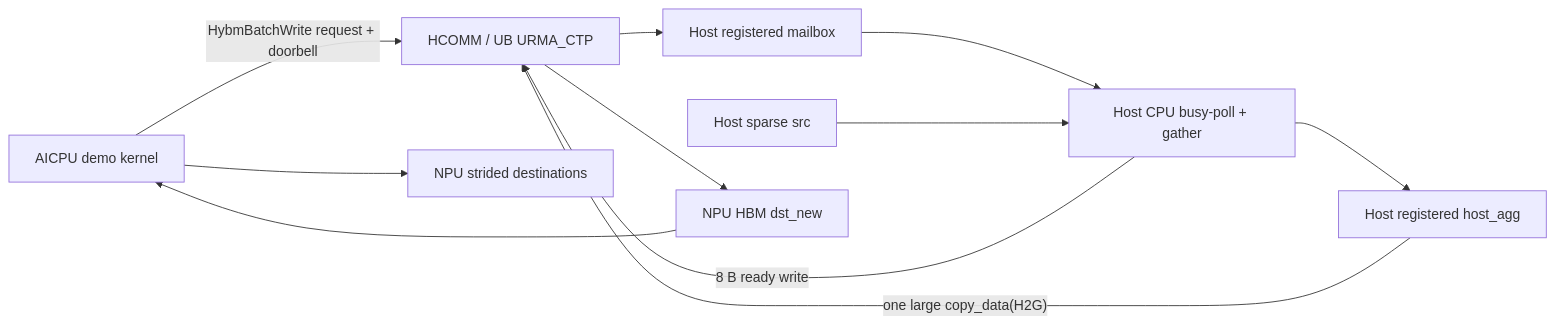
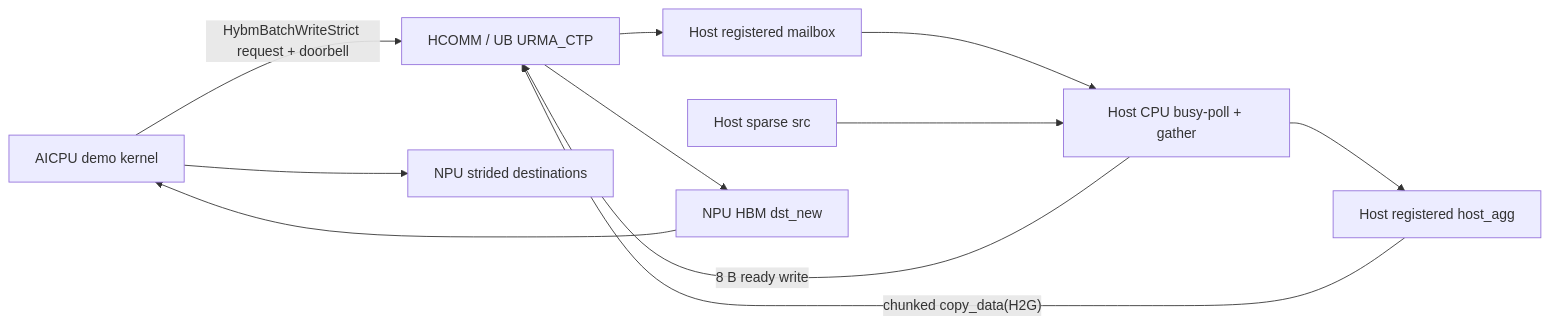
The first of 2 diagrams in docs/host_aggregate_urma_ctp_scatter_demo_design.md (etru-177/memfabric_hybrid), drawn with Mermaid before and after one commit. The commit also changed other lines of this file and 6 other files, not shown here.

Commit message:
perf: streamline host aggregate URMA demo

````diff
--- a/docs/host_aggregate_urma_ctp_scatter_demo_design.md
+++ b/docs/host_aggregate_urma_ctp_scatter_demo_design.md
@@ -139,13 +142,13 @@
 ```mermaid
 flowchart LR
-    A["AICPU demo kernel"] -->|"HybmBatchWrite request + doorbell"| U["HCOMM / UB URMA_CTP"]
+    A["AICPU demo kernel"] -->|"HybmBatchWriteStrict request + doorbell"| U["HCOMM / UB URMA_CTP"]
     U --> M["Host registered mailbox"]
     M --> C["Host CPU busy-poll + gather"]
     S["Host sparse src"] --> C
     C --> G["Host registered host_agg"]
-    G -->|"one large copy_data(H2G)"| U
+    G -->|"chunked copy_data(H2G)"| U
     U --> N["NPU HBM dst_new"]
     C -->|"8 B ready write"| U
     N --> A
     A --> D["NPU strided destinations"]
 ```
````
